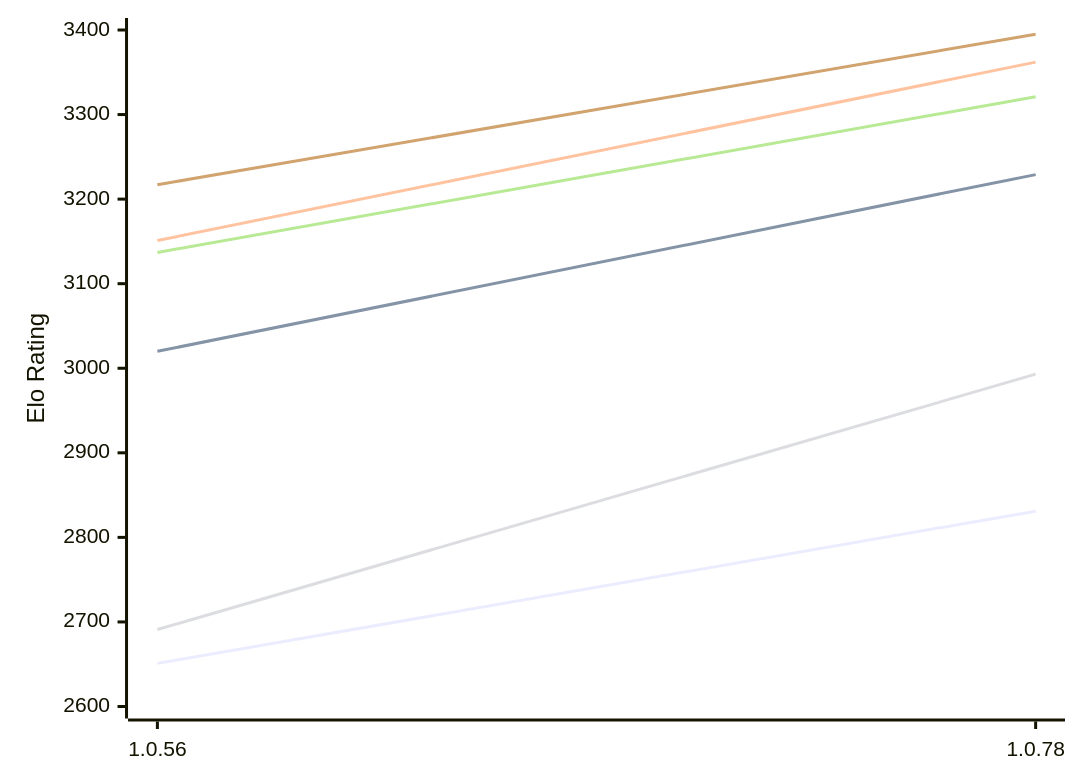
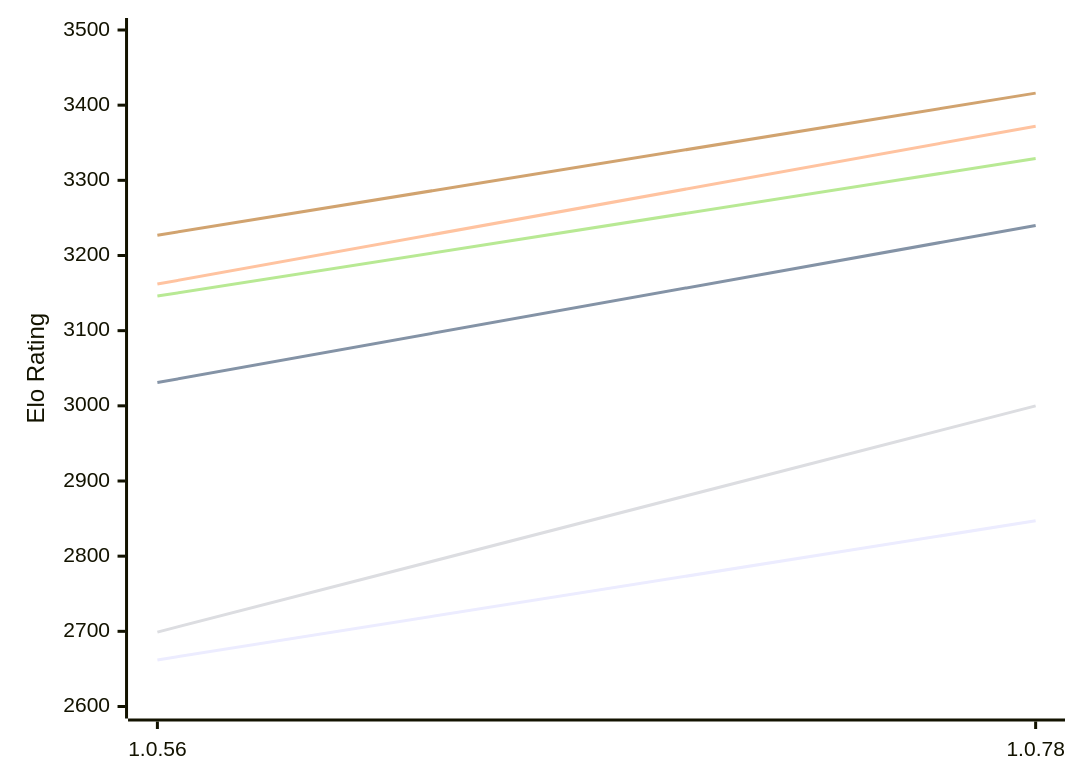
Before and after one commit to computer-chess-index/cci: the first of 2 diagrams in engines/RustyRival.md, drawn with Mermaid. The commit also changed other lines of this file, not shown here.

Commit message:
Update CCI Ratings (ELO VLTC) - 2026-10-25

````diff
--- a/engines/RustyRival.md
+++ b/engines/RustyRival.md
@@ -63,12 +63,12 @@
 ```mermaid
 %%{init: {"theme":"base","themeVariables":{"seriesColors:['#a3a3a3','#222221','#faa371']}}}%%
 xychart-beta
   x-axis ["1.0.56", "1.0.78"]
-  y-axis "Elo Rating" 2600 --> 3400
-  line "E1: STC (8.0+0.08s)" [2651, 2831]
-  line "E1: LTC (60.0+0.60s)" [3020, 3229]
-  line "E1: VLTC (2m24s+1.12s)" [3151, 3362]
-  line "P1: STC (8.0+0.08s)" [2691, 2993]
-  line "P1: LTC (60.0+0.60s)" [3137, 3321]
-  line "P1: VLTC (2m24s+1.12s)" [3217, 3395]
+  y-axis "Elo Rating" 2600 --> 3500
+  line "E1: STC (8.0+0.08s)" [2662, 2847]
+  line "E1: LTC (60.0+0.60s)" [3031, 3240]
+  line "E1: VLTC (2m24s+1.12s)" [3162, 3372]
+  line "P1: STC (8.0+0.08s)" [2699, 3000]
+  line "P1: LTC (60.0+0.60s)" [3146, 3329]
+  line "P1: VLTC (2m24s+1.12s)" [3227, 3416]
 ```
````
